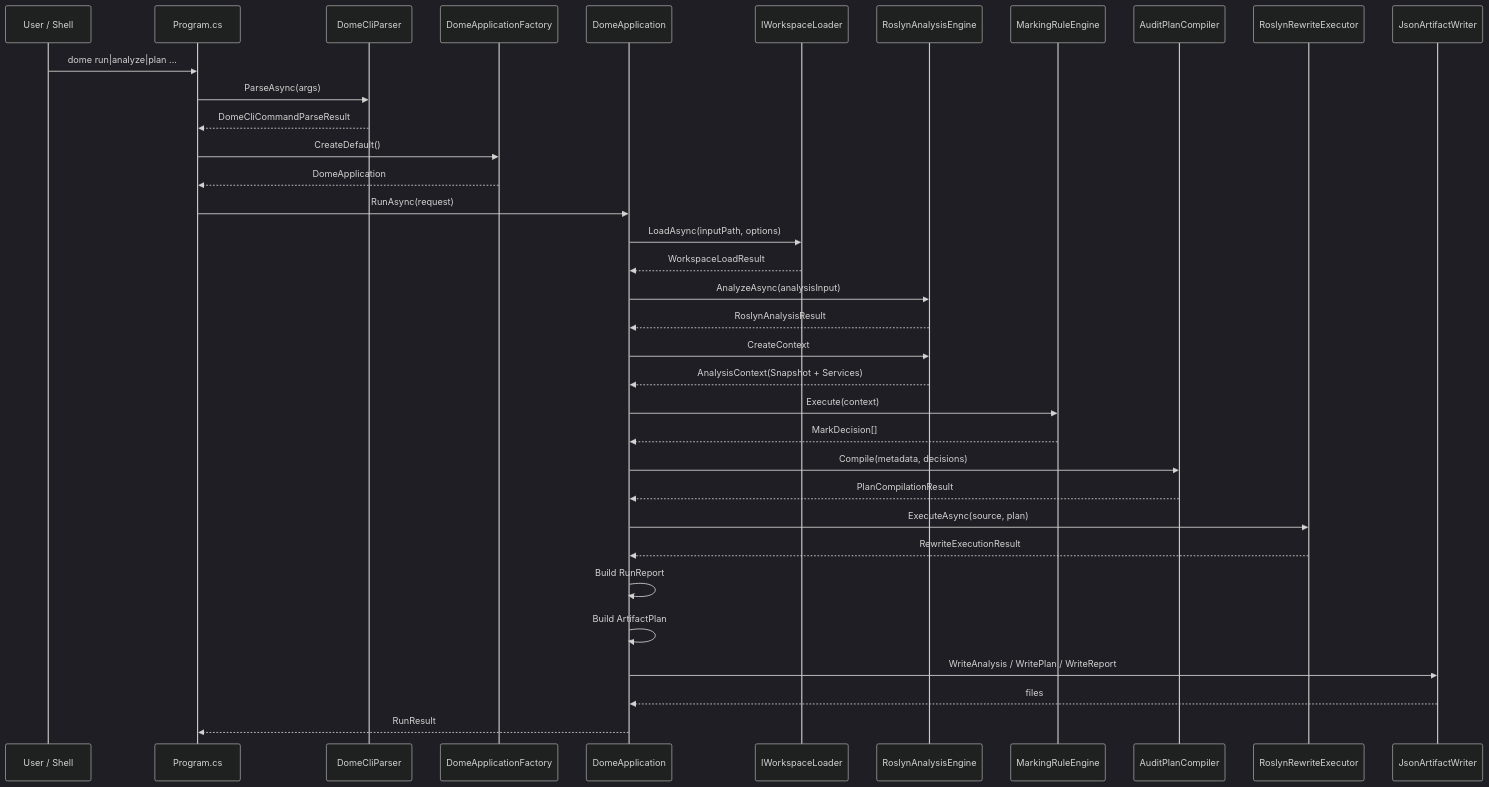
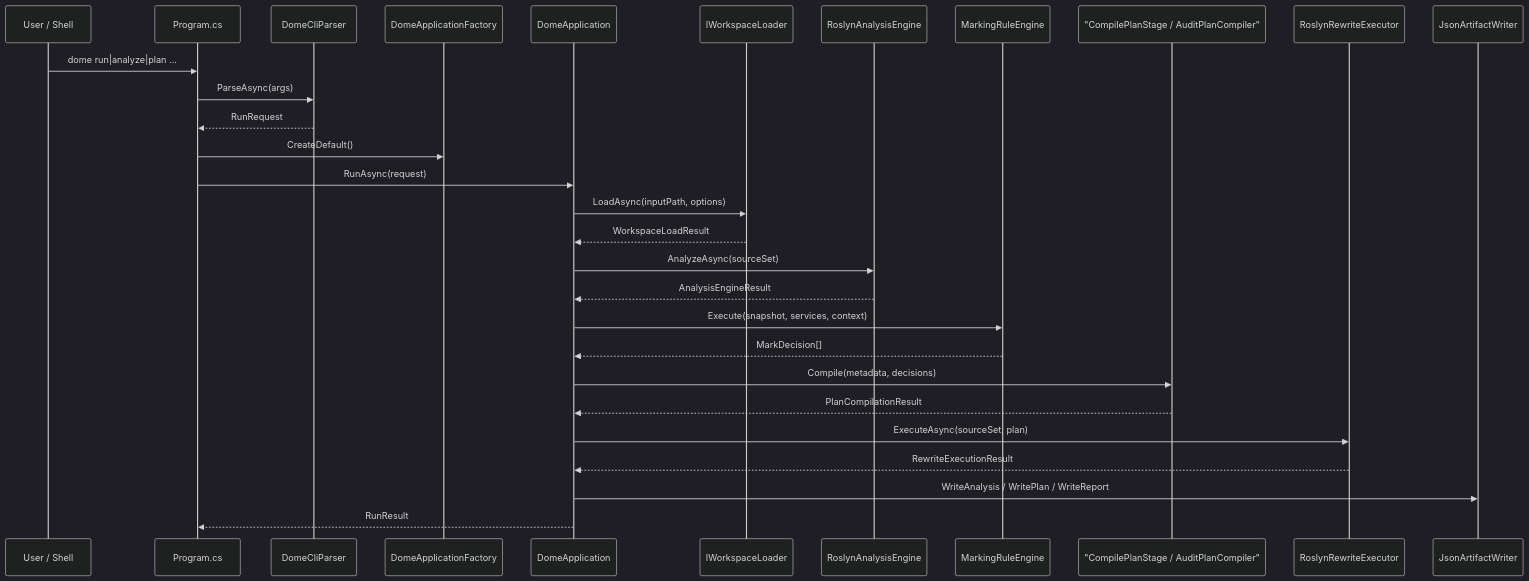
Before and after one commit to NonlinearLearning/TerrariaTools: the diagram in dome/docs/execution-flow.md, drawn with Mermaid (dark theme). The commit also changed other lines of this file and 209 other files, not shown here.

````diff
--- a/dome/docs/execution-flow.md
+++ b/dome/docs/execution-flow.md
@@ -9,38 +7,32 @@
 ```mermaid
 sequenceDiagram
     participant User as User / Shell
     participant Program as Program.cs
     participant Parser as DomeCliParser
     participant Factory as DomeApplicationFactory
     participant App as DomeApplication
     participant Loader as IWorkspaceLoader
     participant Analysis as RoslynAnalysisEngine
     participant Rules as MarkingRuleEngine
-    participant Plan as AuditPlanCompiler
+    participant Planning as "CompilePlanStage / AuditPlanCompiler"
     participant Rewrite as RoslynRewriteExecutor
     participant Report as JsonArtifactWriter
 
     User->>Program: dome run|analyze|plan ...
     Program->>Parser: ParseAsync(args)
-    Parser-->>Program: DomeCliCommandParseResult
+    Parser-->>Program: RunRequest
     Program->>Factory: CreateDefault()
-    Factory-->>Program: DomeApplication
     Program->>App: RunAsync(request)
     App->>Loader: LoadAsync(inputPath, options)
     Loader-->>App: WorkspaceLoadResult
-    App->>Analysis: AnalyzeAsync(analysisInput)
-    Analysis-->>App: RoslynAnalysisResult
-    App->>Analysis: CreateContext
-    Analysis-->>App: AnalysisContext(Snapshot + Services)
-    App->>Rules: Execute(context)
+    App->>Analysis: AnalyzeAsync(sourceSet)
+    Analysis-->>App: AnalysisEngineResult
+    App->>Rules: Execute(snapshot, services, context)
     Rules-->>App: MarkDecision[]
-    App->>Plan: Compile(metadata, decisions)
-    Plan-->>App: PlanCompilationResult
-    App->>Rewrite: ExecuteAsync(source, plan)
+    App->>Planning: Compile(metadata, decisions)
+    Planning-->>App: PlanCompilationResult
+    App->>Rewrite: ExecuteAsync(sourceSet, plan)
     Rewrite-->>App: RewriteExecutionResult
-    App->>App: Build RunReport
-    App->>App: Build ArtifactPlan
     App->>Report: WriteAnalysis / WritePlan / WriteReport
-    Report-->>App: files
     App-->>Program: RunResult
 ```
````
